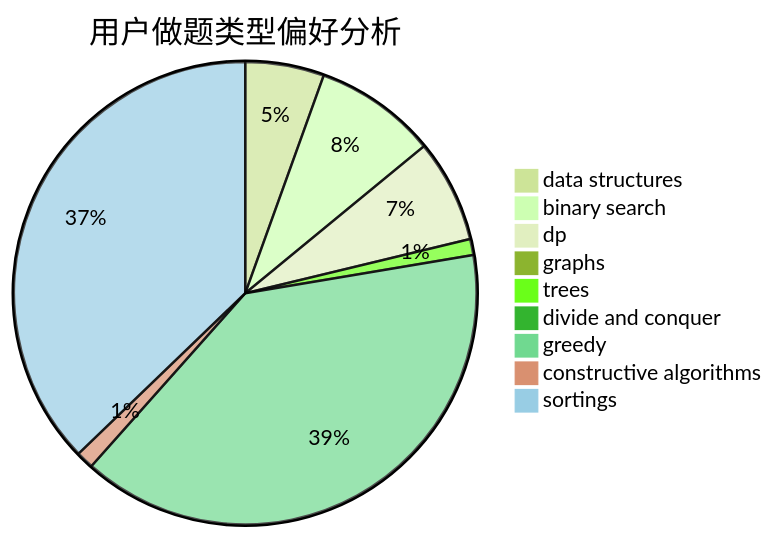
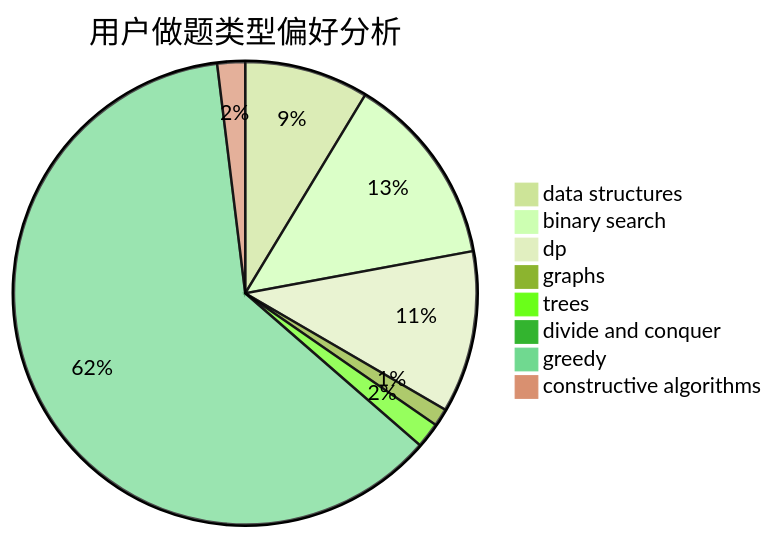
One commit to sherpahu/cfrs.github.io changed the second of 3 diagrams in docs/user/u34.md. Above: the diagram before and after it, drawn with Mermaid (forest theme). The commit also changed other lines of this file and 2769 other files, not shown here.

````diff
--- a/docs/user/u34.md
+++ b/docs/user/u34.md
@@ -18,12 +18,11 @@
 ```mermaid
 pie title 用户做题类型偏好分析
     "data structures" :  49
     "binary search" :  76
     "dp" :  64
     "graphs" :  7
     "trees" :  10
     "divide and conquer" :  0
     "greedy" :  349
     "constructive algorithms" :  11
-    "sortings" :  331
 ```
````
